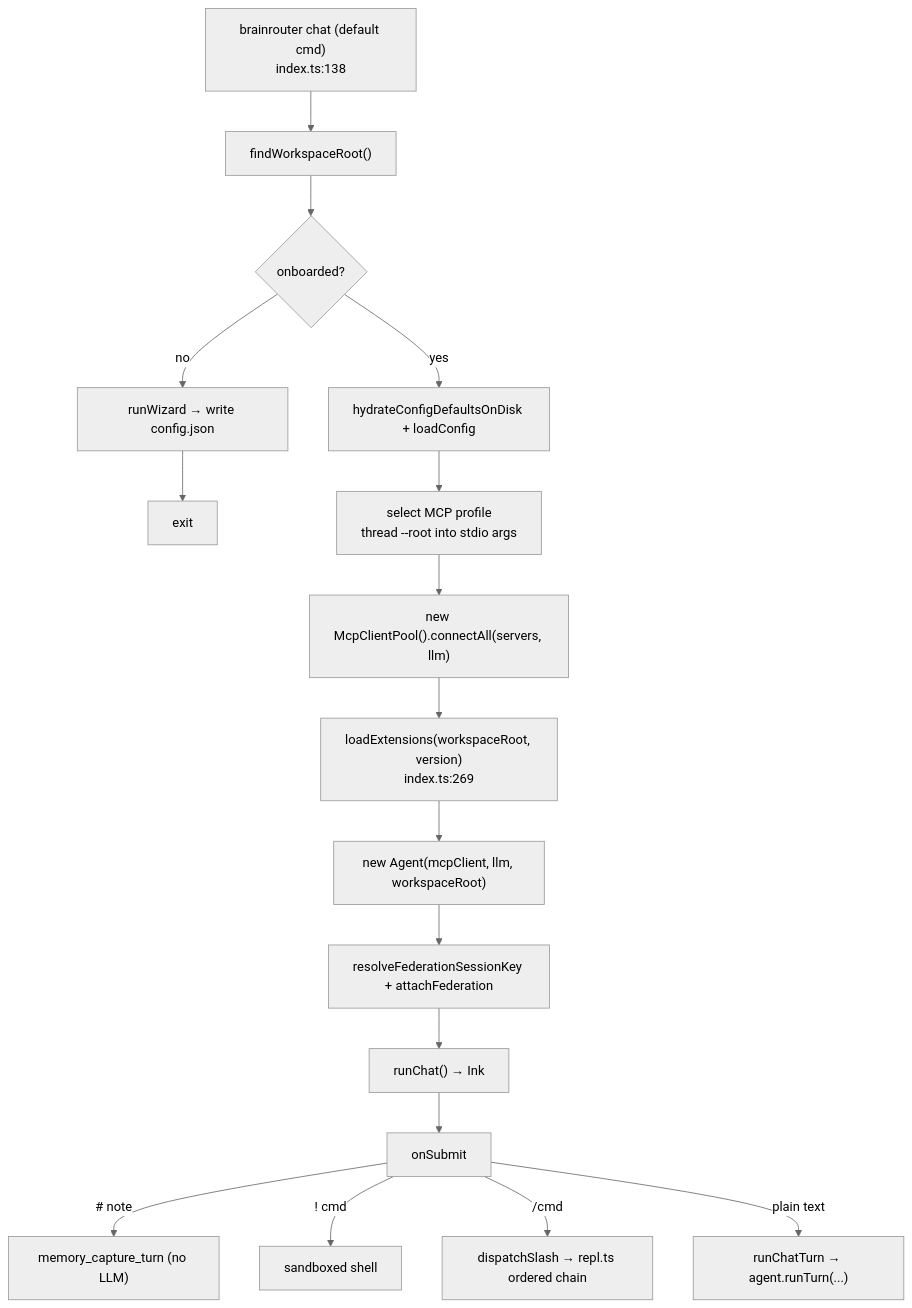
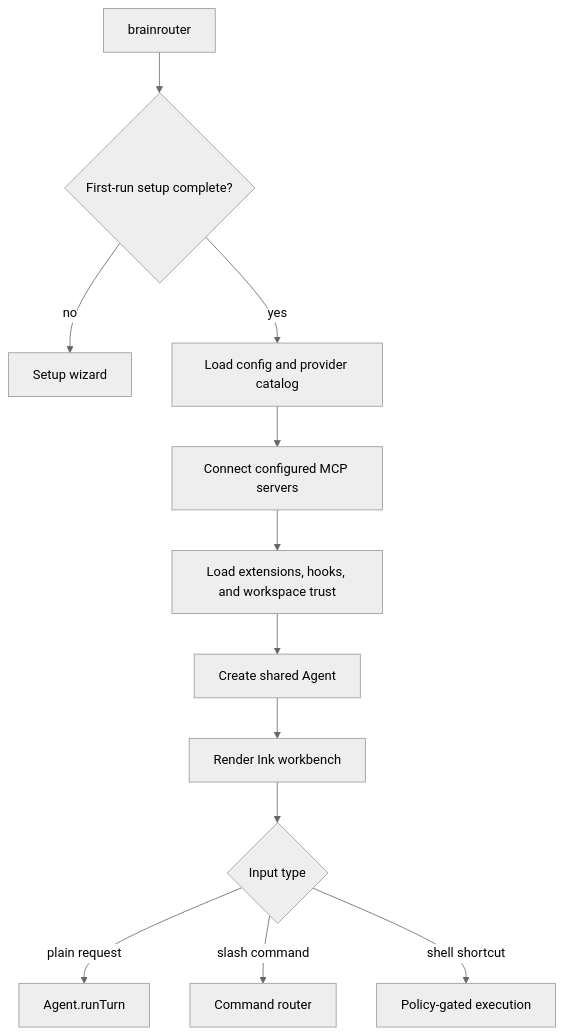
One commit to kinqsradiollc/BrainRouter changed the fourth of 6 diagrams in SYSTEM_WORKFLOWS.md. Above: the diagram before and after it, drawn with Mermaid (neutral theme). The commit also changed other lines of this file and 152 other files, not shown here.

````diff
--- a/SYSTEM_WORKFLOWS.md
+++ b/SYSTEM_WORKFLOWS.md
@@ -172,18 +105,14 @@
 ```mermaid
 flowchart TD
-  START["brainrouter chat (default cmd)<br/>index.ts:138"] --> WS["findWorkspaceRoot()"]
-  WS --> WIZ{"onboarded?"}
-  WIZ -- no --> RUNWIZ["runWizard → write config.json"] --> EXIT0["exit"]
-  WIZ -- yes --> CFG["hydrateConfigDefaultsOnDisk + loadConfig"]
-  CFG --> MCPSEL["select MCP profile<br/>thread --root into stdio args"]
-  MCPSEL --> CONN["new McpClientPool().connectAll(servers, llm)"]
-  CONN --> EXTLOAD["loadExtensions(workspaceRoot, version)<br/>index.ts:269"]
-  EXTLOAD --> NEWAG["new Agent(mcpClient, llm, workspaceRoot)"]
-  NEWAG --> FED["resolveFederationSessionKey + attachFederation"]
-  FED --> TUI["runChat() → Ink <ChatApp>"]
-  TUI --> SUBMIT["onSubmit"]
-  SUBMIT -->|"# note"| NOTE["memory_capture_turn (no LLM)"]
-  SUBMIT -->|"! cmd"| BANG["sandboxed shell"]
-  SUBMIT -->|"/cmd"| SLASH["dispatchSlash → repl.ts ordered chain"]
-  SUBMIT -->|"plain text"| TURN["runChatTurn → agent.runTurn(...)"]
+  A["brainrouter"] --> W{"First-run setup complete?"}
+  W -- no --> Z["Setup wizard"]
+  W -- yes --> C["Load config and provider catalog"]
+  C --> M["Connect configured MCP servers"]
+  M --> E["Load extensions, hooks, and workspace trust"]
+  E --> G["Create shared Agent"]
+  G --> I["Render Ink workbench"]
+  I --> Q{"Input type"}
+  Q -->|"plain request"| T["Agent.runTurn"]
+  Q -->|"slash command"| S["Command router"]
+  Q -->|"shell shortcut"| P["Policy-gated execution"]
 ```
````
